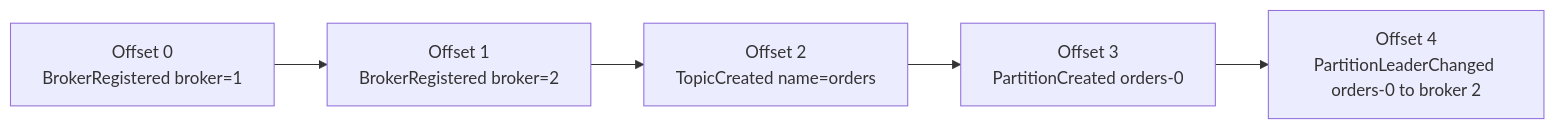
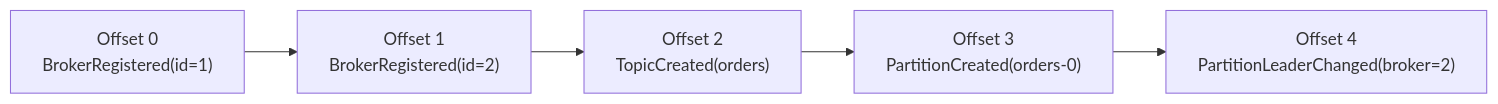
The fourth of 16 diagrams in Inbox/Kafka_Obsidian_Organized/04 - Replication and KRaft/008-KRaft_and_Cluster_Consensus.md (Siddpawar9222/Obsidian-Vault), drawn with Mermaid before and after one commit. The commit also changed other lines of this file and 46 other files, not shown here.

````diff
--- a/Inbox/Kafka_Obsidian_Organized/04 - Replication and KRaft/008-KRaft_and_Cluster_Consensus.md
+++ b/Inbox/Kafka_Obsidian_Organized/04 - Replication and KRaft/008-KRaft_and_Cluster_Consensus.md
@@ -220,7 +152,7 @@
 ```mermaid
 flowchart LR
-    O0["Offset 0<br/>BrokerRegistered broker=1"] --> O1["Offset 1<br/>BrokerRegistered broker=2"]
-    O1 --> O2["Offset 2<br/>TopicCreated name=orders"]
-    O2 --> O3["Offset 3<br/>PartitionCreated orders-0"]
-    O3 --> O4["Offset 4<br/>PartitionLeaderChanged orders-0 to broker 2"]
+    O0["Offset 0<br/>BrokerRegistered(id=1)"] --> O1["Offset 1<br/>BrokerRegistered(id=2)"]
+    O1 --> O2["Offset 2<br/>TopicCreated(orders)"]
+    O2 --> O3["Offset 3<br/>PartitionCreated(orders-0)"]
+    O3 --> O4["Offset 4<br/>PartitionLeaderChanged(broker=2)"]
 ```
````
